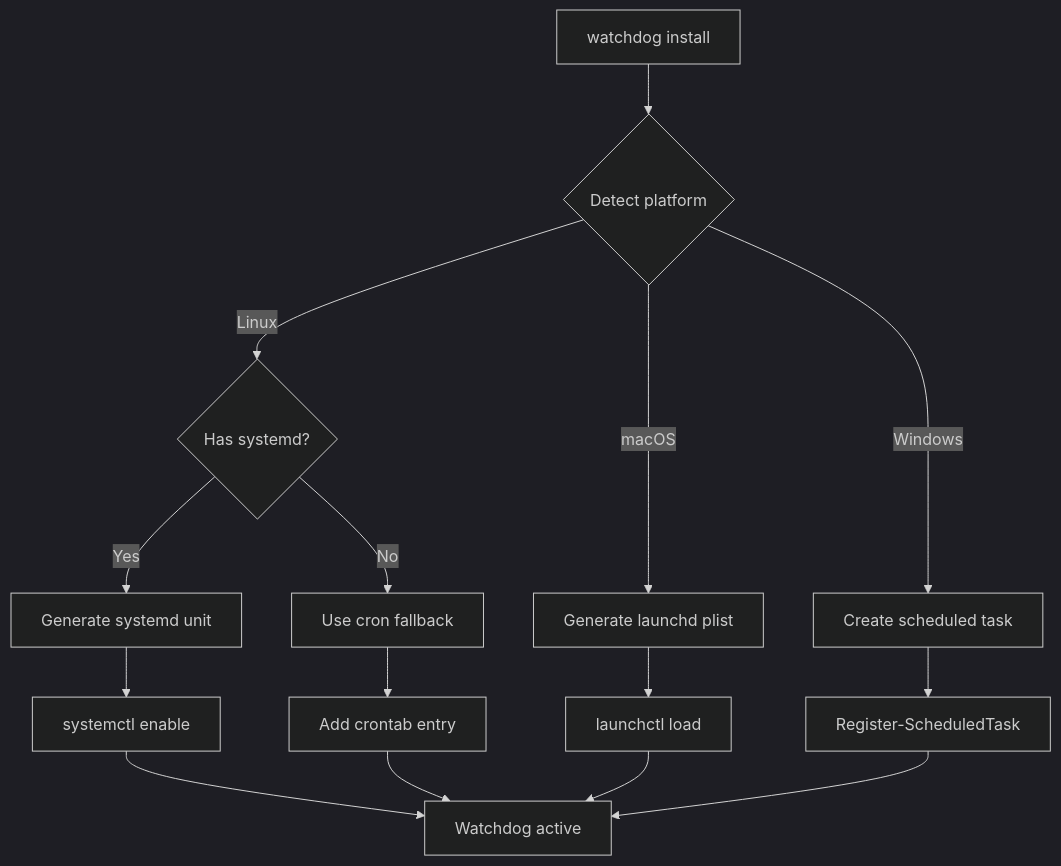
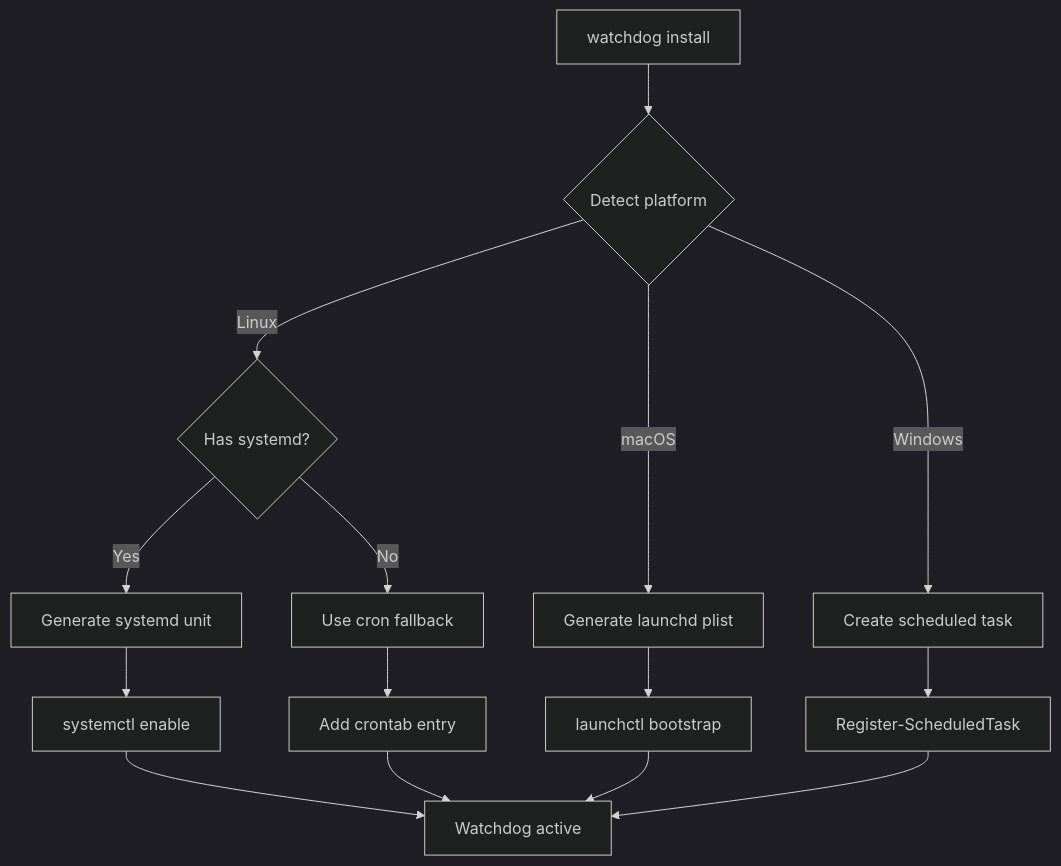
Before and after one commit to Vrooli/Vrooli: the fourth of 5 diagrams in scenarios/vrooli-autoheal/docs/concepts/watchdog-design.md, drawn with Mermaid (dark theme). The commit also changed 235 other files, not shown here.

````diff
--- a/scenarios/vrooli-autoheal/docs/concepts/watchdog-design.md
+++ b/scenarios/vrooli-autoheal/docs/concepts/watchdog-design.md
@@ -120,20 +120,20 @@
 ```mermaid
 flowchart TD
     A[watchdog install] --> B{Detect platform}
     B -->|Linux| C{Has systemd?}
     B -->|macOS| D[Generate launchd plist]
     B -->|Windows| E[Create scheduled task]
 
     C -->|Yes| F[Generate systemd unit]
     C -->|No| G[Use cron fallback]
 
     F --> H[systemctl enable]
-    D --> I[launchctl load]
+    D --> I[launchctl bootstrap]
     E --> J[Register-ScheduledTask]
     G --> K[Add crontab entry]
 
     H --> L[Watchdog active]
     I --> L
     J --> L
     K --> L
 ```
````
